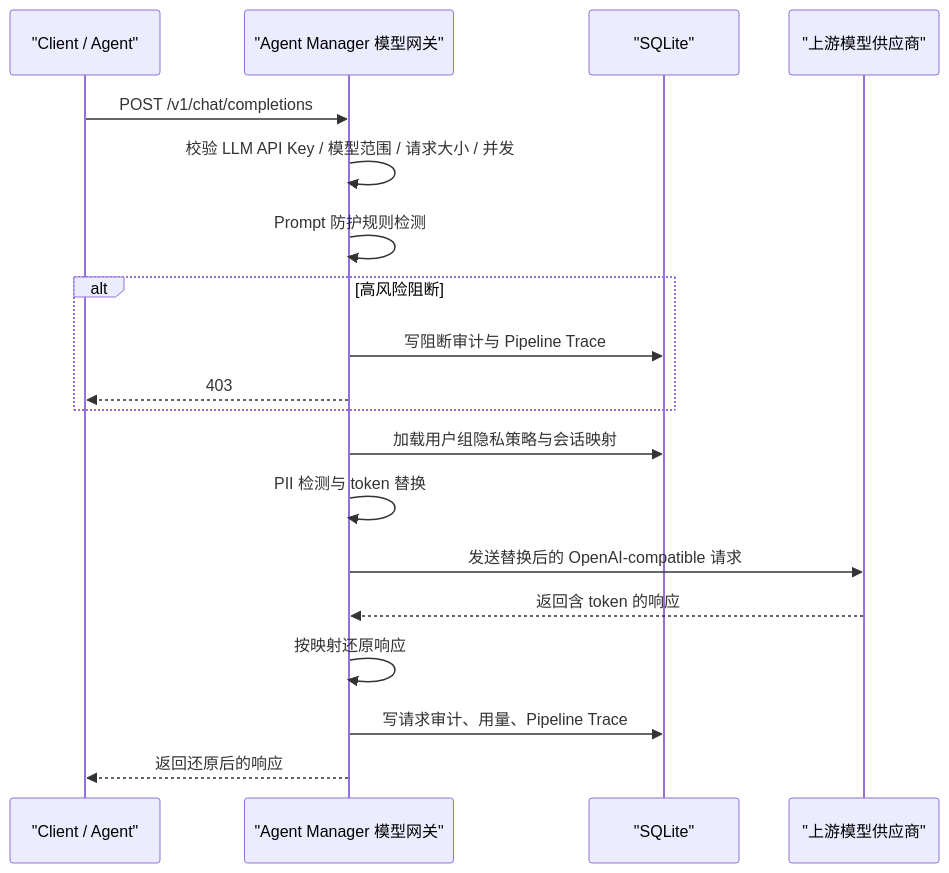
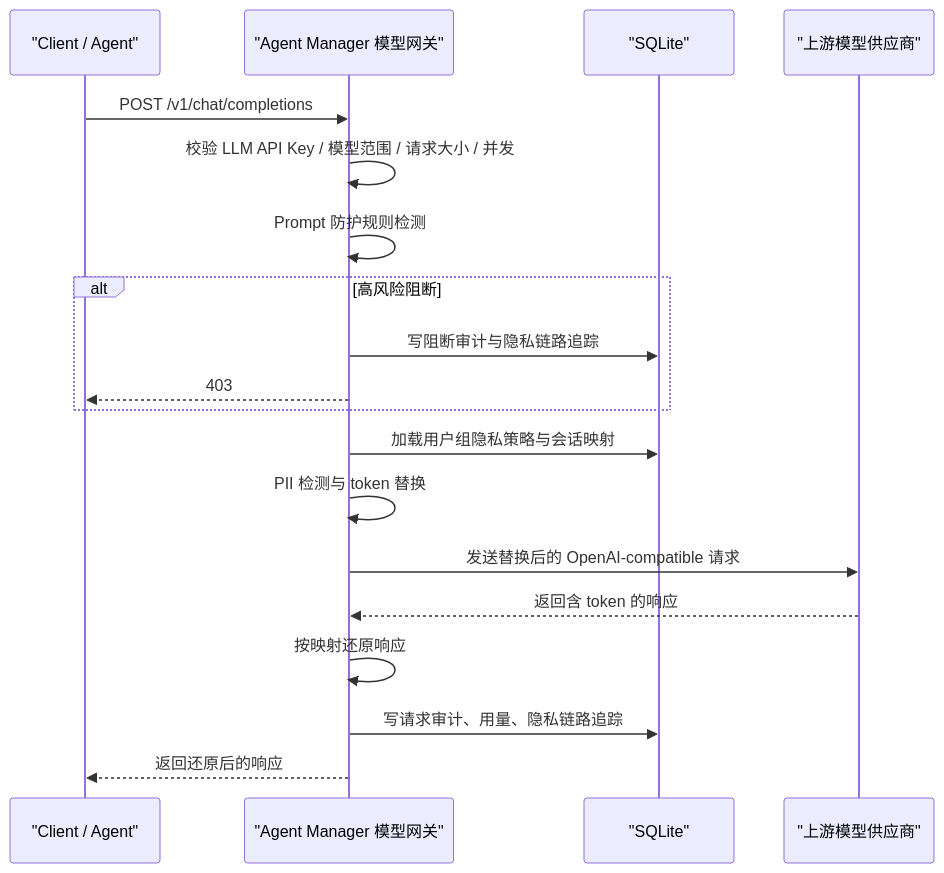
The diagram in docs/model-gateway.md (HuangLuGuang/skill-manager), drawn with Mermaid before and after one commit. The commit also changed other lines of this file and 36 other files, not shown here.

````diff
--- a/docs/model-gateway.md
+++ b/docs/model-gateway.md
@@ -26,22 +27,22 @@
 ```mermaid
 sequenceDiagram
     participant Client as "Client / Agent"
     participant GW as "Agent Manager 模型网关"
     participant DB as "SQLite"
     participant LLM as "上游模型供应商"
 
     Client->>GW: POST /v1/chat/completions
     GW->>GW: 校验 LLM API Key / 模型范围 / 请求大小 / 并发
     GW->>GW: Prompt 防护规则检测
     alt 高风险阻断
-        GW->>DB: 写阻断审计与 Pipeline Trace
+        GW->>DB: 写阻断审计与隐私链路追踪
         GW-->>Client: 403
     end
     GW->>DB: 加载用户组隐私策略与会话映射
     GW->>GW: PII 检测与 token 替换
     GW->>LLM: 发送替换后的 OpenAI-compatible 请求
     LLM-->>GW: 返回含 token 的响应
     GW->>GW: 按映射还原响应
-    GW->>DB: 写请求审计、用量、Pipeline Trace
+    GW->>DB: 写请求审计、用量、隐私链路追踪
     GW-->>Client: 返回还原后的响应
 ```
````
